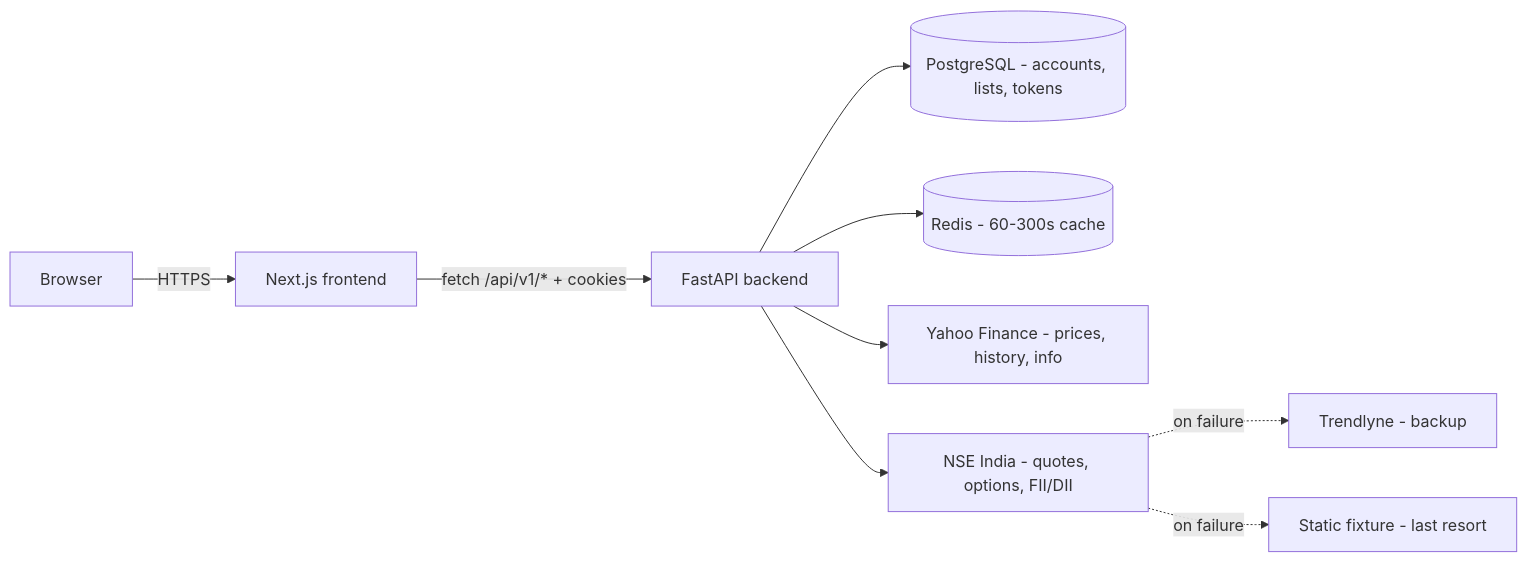
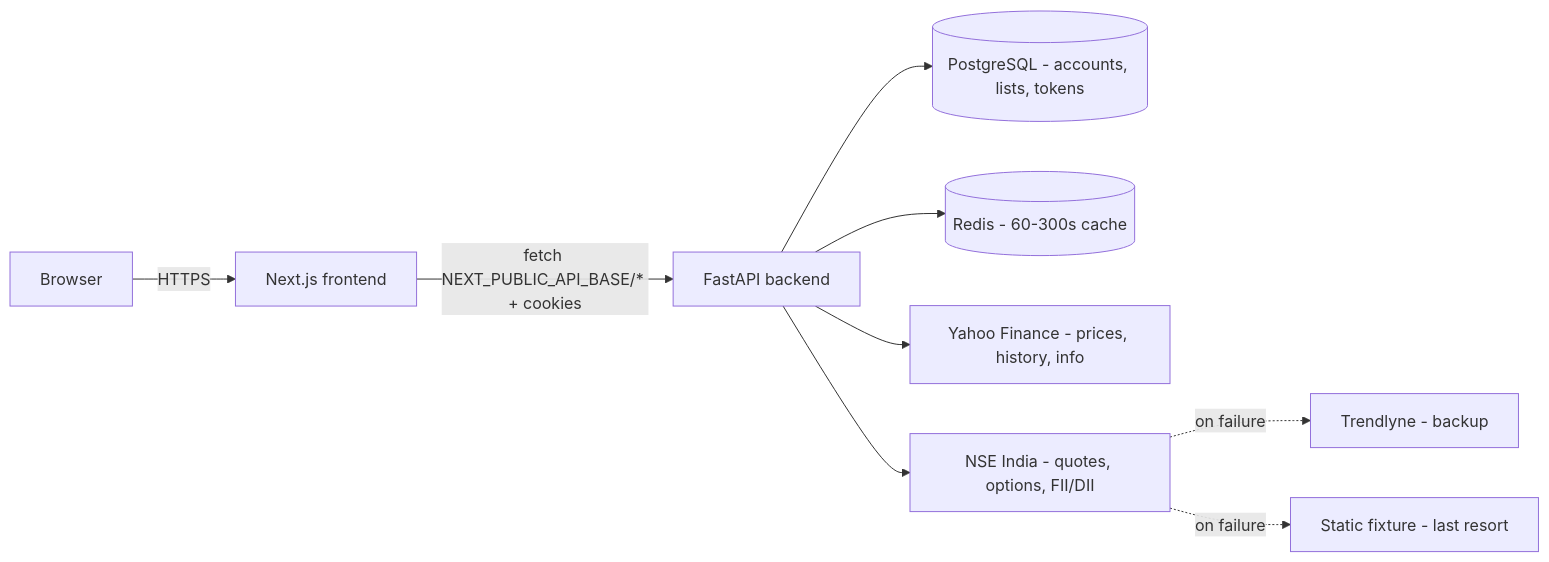
The first of 5 diagrams in docs/architecture.md (raunak-ray/StockView-India), drawn with Mermaid before and after one commit. The commit also changed other lines of this file and 7 other files, not shown here.

````diff
--- a/docs/architecture.md
+++ b/docs/architecture.md
@@ -9,11 +9,11 @@
 ```mermaid
 flowchart LR
     Browser[Browser] -->|HTTPS| Next[Next.js frontend]
-    Next -->|fetch /api/v1/* + cookies| FastAPI[FastAPI backend]
+    Next -->|fetch NEXT_PUBLIC_API_BASE/* + cookies| FastAPI[FastAPI backend]
     FastAPI --> PG[(PostgreSQL - accounts, lists, tokens)]
     FastAPI --> RD[(Redis - 60-300s cache)]
     FastAPI --> YF[Yahoo Finance - prices, history, info]
     FastAPI --> NSE[NSE India - quotes, options, FII/DII]
     NSE -.->|on failure| Trendlyne[Trendlyne - backup]
     NSE -.->|on failure| Static[Static fixture - last resort]
 ```
````
